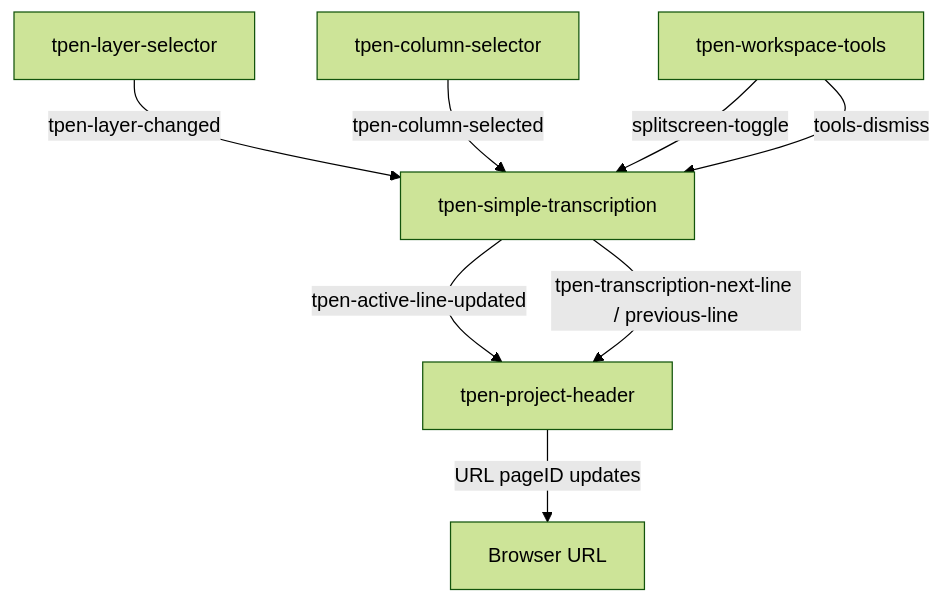
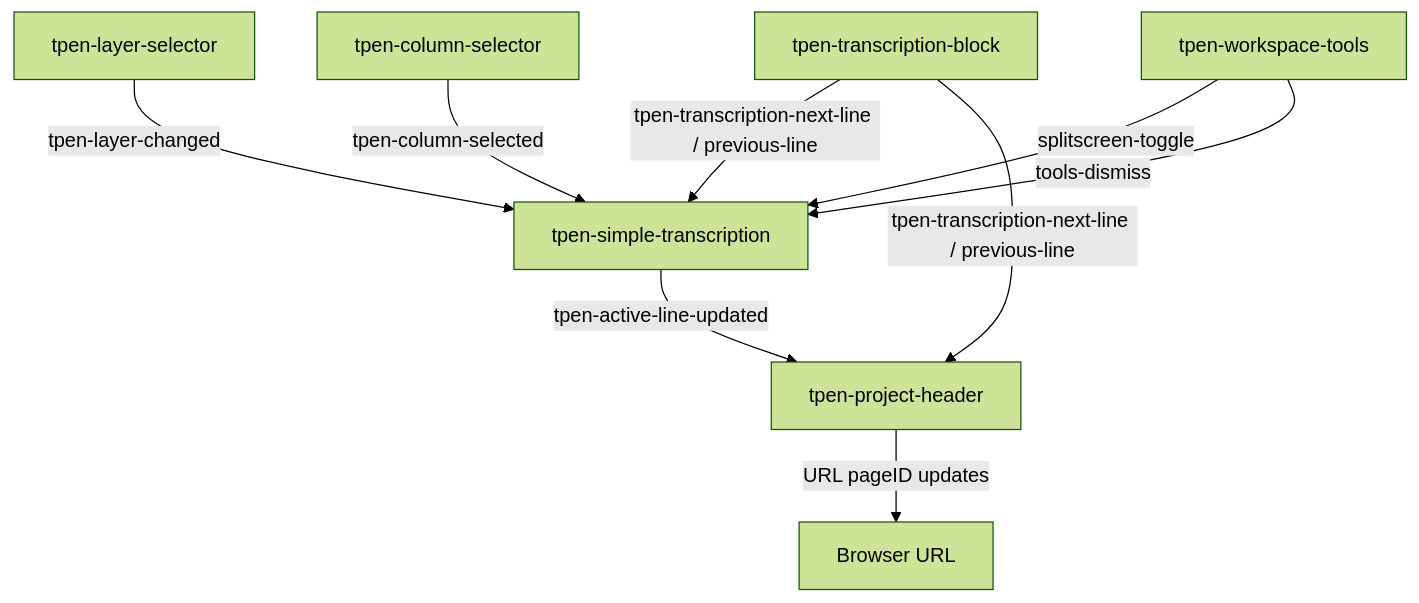
Before and after one commit to CenterForDigitalHumanities/TPEN-interfaces: the third of 3 diagrams in components/simple-transcription/DIAGRAMS.md, drawn with Mermaid (forest theme). The commit also changed other lines of this file and 1 other file, not shown here.

Commit message:
Clarify image ownership and transcription roles
Documentation updates to reflect that tpen-simple-transcription uses raw <img> elements (#imgTop, #imgBottom) for image display and manages them via adjustImages()/highlightActiveLine()/resetImagePositions(), rather than using tpen-line-image or tpen-image-fragment. Updated ARCHITECTURE.md to clarify workspace composition, state ownership, and the responsibilities of tpen-transcription-block (line input rendering, primary mutator of TPEN.activeLineIndex via moveToLine(), and emission of navigation events). DIAGRAMS.md was updated to match these changes (diagram nodes for #imgTop/#imgBottom and adjusted event arrows for transcription-block and header).

````diff
--- a/components/simple-transcription/DIAGRAMS.md
+++ b/components/simple-transcription/DIAGRAMS.md
@@ -50,11 +50,13 @@
 ```mermaid
 flowchart TD
     L[tpen-layer-selector] -- tpen-layer-changed --> S[tpen-simple-transcription]
     C[tpen-column-selector] -- tpen-column-selected --> S
     W[tpen-workspace-tools] -- splitscreen-toggle --> S
     W -- tools-dismiss --> S
 
-    S -- tpen-active-line-updated --> H[tpen-project-header]
-    S -- tpen-transcription-next-line / previous-line --> H
+    T[tpen-transcription-block] -- tpen-transcription-next-line / previous-line --> S
+    T -- tpen-transcription-next-line / previous-line --> H[tpen-project-header]
+
+    S -- tpen-active-line-updated --> H
     H -- URL pageID updates --> U[Browser URL]
 ```
````
